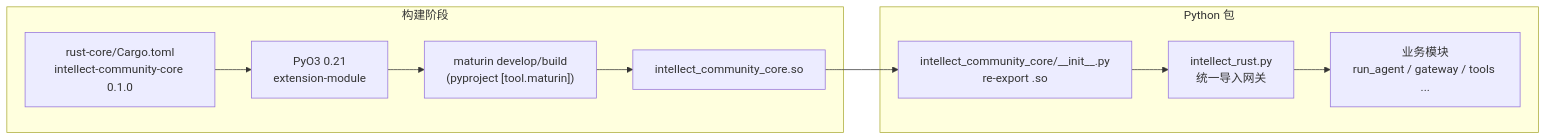
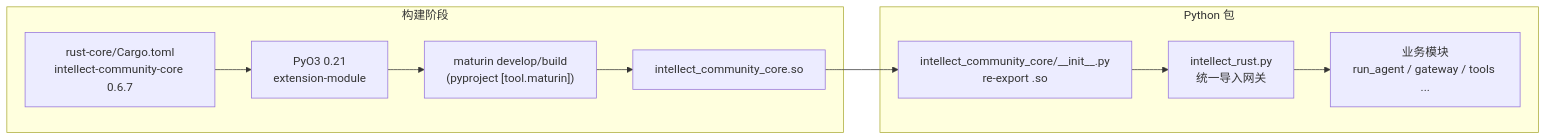
One commit to ontoweb-cn/intellect-agent changed the first of 3 diagrams in docs/architecture/rust-python-interaction.md. Above: the diagram before and after it, drawn with Mermaid. The commit also changed other lines of this file and 14 other files, not shown here.

````diff
--- a/docs/architecture/rust-python-interaction.md
+++ b/docs/architecture/rust-python-interaction.md
@@ -65,18 +65,18 @@
 ```mermaid
 flowchart LR
     subgraph Build["构建阶段"]
-        Cargo["rust-core/Cargo.toml\nintellect-community-core 0.1.0"]
+        Cargo["rust-core/Cargo.toml\nintellect-community-core 0.6.7"]
         PyO3["PyO3 0.21\nextension-module"]
         Maturin["maturin develop/build\n(pyproject [tool.maturin])"]
         SO["intellect_community_core.so"]
     end
 
     subgraph PythonPkg["Python 包"]
         Init["intellect_community_core/__init__.py\nre-export .so"]
         Gate["intellect_rust.py\n统一导入网关"]
         App["业务模块\nrun_agent / gateway / tools ..."]
     end
 
     Cargo --> PyO3 --> Maturin --> SO
     SO --> Init --> Gate --> App
 ```
````
